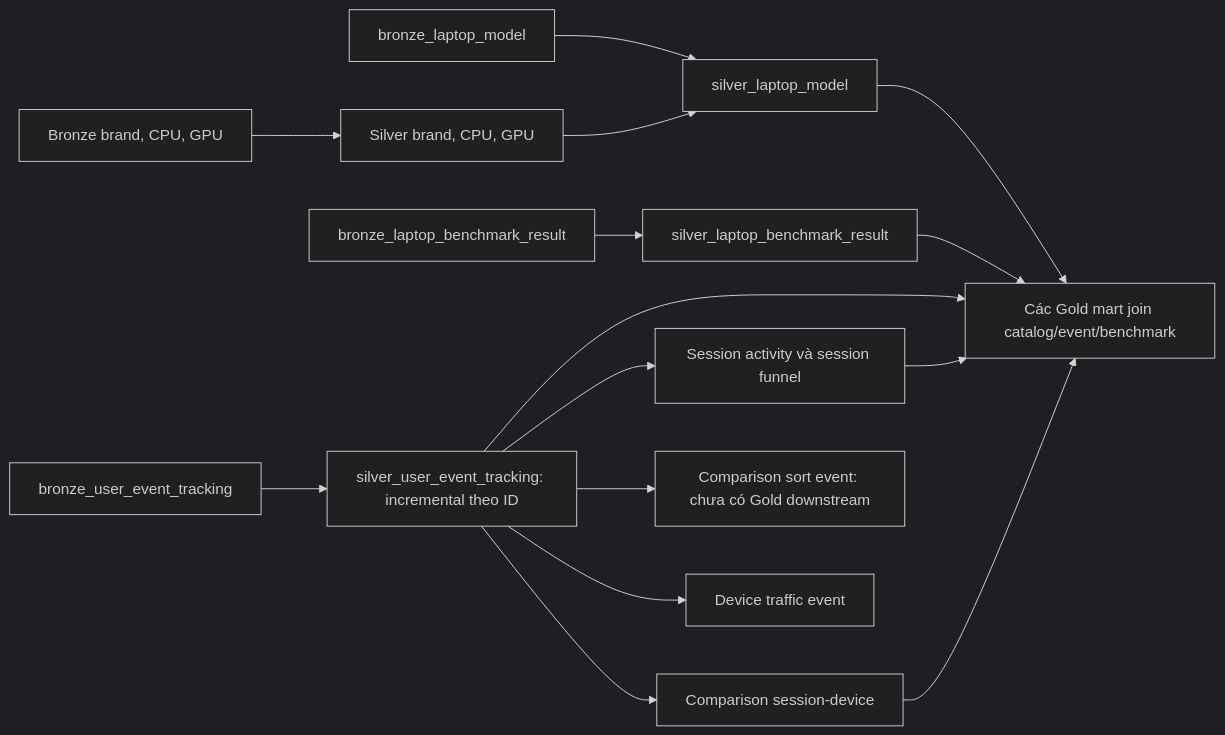
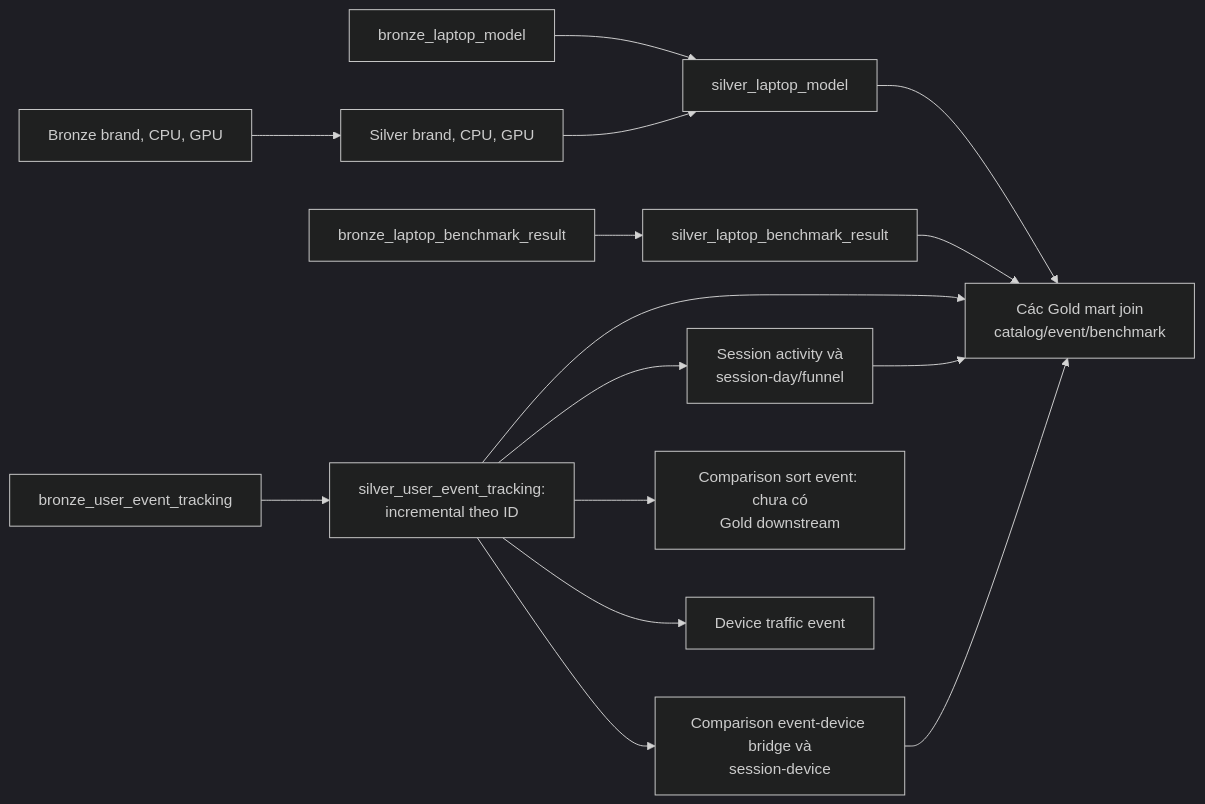
One commit to PhucTruong11/laplaptech_pipeline changed the fourth of 7 diagrams in docs/architecture/data_flow.md. Above: the diagram before and after it, drawn with Mermaid (dark theme). The commit also changed other lines of this file and 60 other files, not shown here.

````diff
--- a/docs/architecture/data_flow.md
+++ b/docs/architecture/data_flow.md
@@ -130,17 +111,18 @@
 ```mermaid
+%%{init: {"flowchart": {"htmlLabels": false}}}%%
 flowchart LR
     BD["Bronze brand, CPU, GPU"] --> SD["Silver brand, CPU, GPU"]
     BL["bronze_laptop_model"] --> LAP["silver_laptop_model"]
     SD --> LAP
     BB["bronze_laptop_benchmark_result"] --> BEN["silver_laptop_benchmark_result"]
-    BE["bronze_user_event_tracking"] --> EVT["silver_user_event_tracking: incremental theo ID"]
-    EVT --> SF["Session activity và session funnel"]
-    EVT --> CE["Comparison session-device"]
-    EVT --> SORT["Comparison sort event: chưa có Gold downstream"]
+    BE["bronze_user_event_tracking"] --> EVT["silver_user_event_tracking:<br/>incremental theo ID"]
+    EVT --> SF["Session activity và<br/>session-day/funnel"]
+    EVT --> CE["Comparison event-device bridge và<br/>session-device"]
+    EVT --> SORT["Comparison sort event: chưa có<br/>Gold downstream"]
     EVT --> DT["Device traffic event"]
-    LAP --> MART["Các Gold mart join catalog/event/benchmark"]
+    LAP --> MART["Các Gold mart join<br/>catalog/event/benchmark"]
     BEN --> MART
     EVT --> MART
     SF --> MART
     CE --> MART
 ```
````
